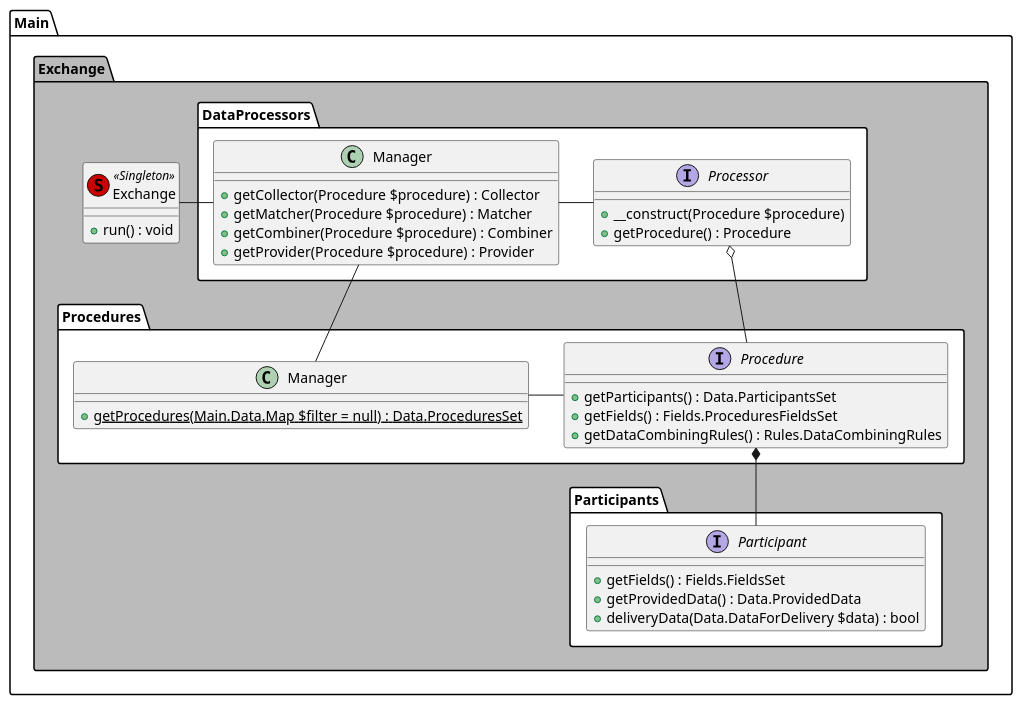
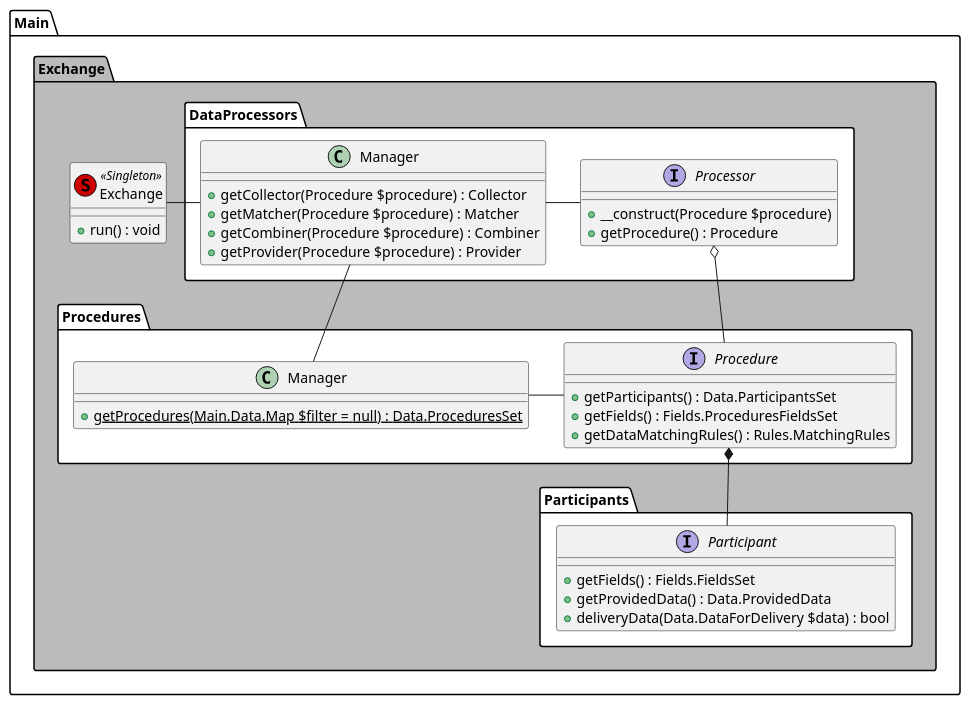
Before and after one commit to HvorostenkoNV/Exchanges: the diagram in uml/exchange.puml, drawn with PlantUML. The commit also changed 98 other files, not shown here.

```diff
--- a/uml/exchange.puml
+++ b/uml/exchange.puml
@@ -1,52 +1,52 @@
 @startuml
 
 namespace Main.Exchange #BBB {
     class Exchange << (S,#CC0000) Singleton >> {
         +run() : void
     }
 
     namespace Participants #FFF {
         interface Participant {
             +getFields() : Fields.FieldsSet
             +getProvidedData() : Data.ProvidedData
             +deliveryData(Data.DataForDelivery $data) : bool
         }
     }
 
     namespace Procedures #FFF {
         class Manager {
             +{static}getProcedures(Main.Data.Map $filter = null) : Data.ProceduresSet
         }
 
         interface Procedure {
             +getParticipants() : Data.ParticipantsSet
             +getFields() : Fields.ProceduresFieldsSet
-            +getDataCombiningRules() : Rules.DataCombiningRules
+            +getDataMatchingRules() : Rules.MatchingRules
         }
 
         Manager - Procedure
     }
 
     namespace DataProcessors #FFF {
         class Manager {
             +getCollector(Procedure $procedure) : Collector
             +getMatcher(Procedure $procedure) : Matcher
             +getCombiner(Procedure $procedure) : Combiner
             +getProvider(Procedure $procedure) : Provider
         }
 
         interface Processor {
             +__construct(Procedure $procedure)
             +getProcedure() : Procedure
         }
 
         Manager - Processor
     }
 
     Exchange                                -   Main.Exchange.DataProcessors.Manager
     Main.Exchange.DataProcessors.Manager    -   Main.Exchange.Procedures.Manager
     Main.Exchange.Procedures.Procedure      *-- Main.Exchange.Participants.Participant
     Main.Exchange.DataProcessors.Processor  o-- Main.Exchange.Procedures.Procedure
 }
 
 @enduml
```
